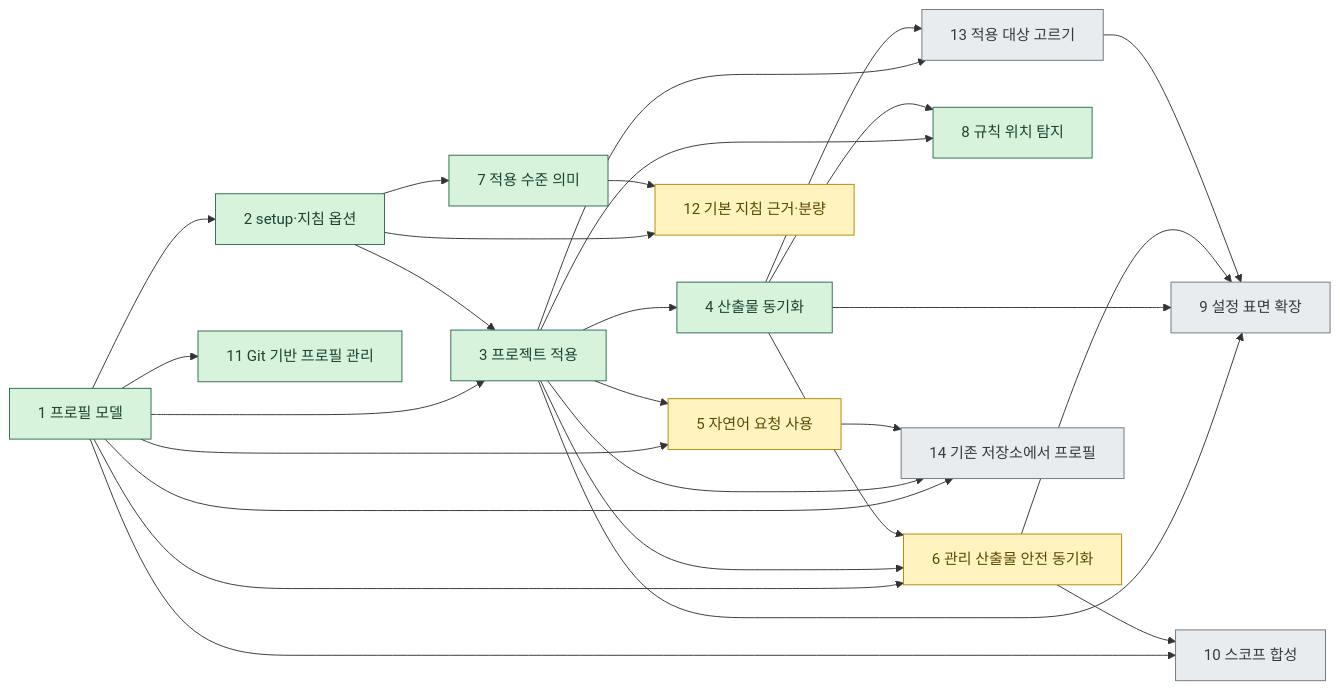
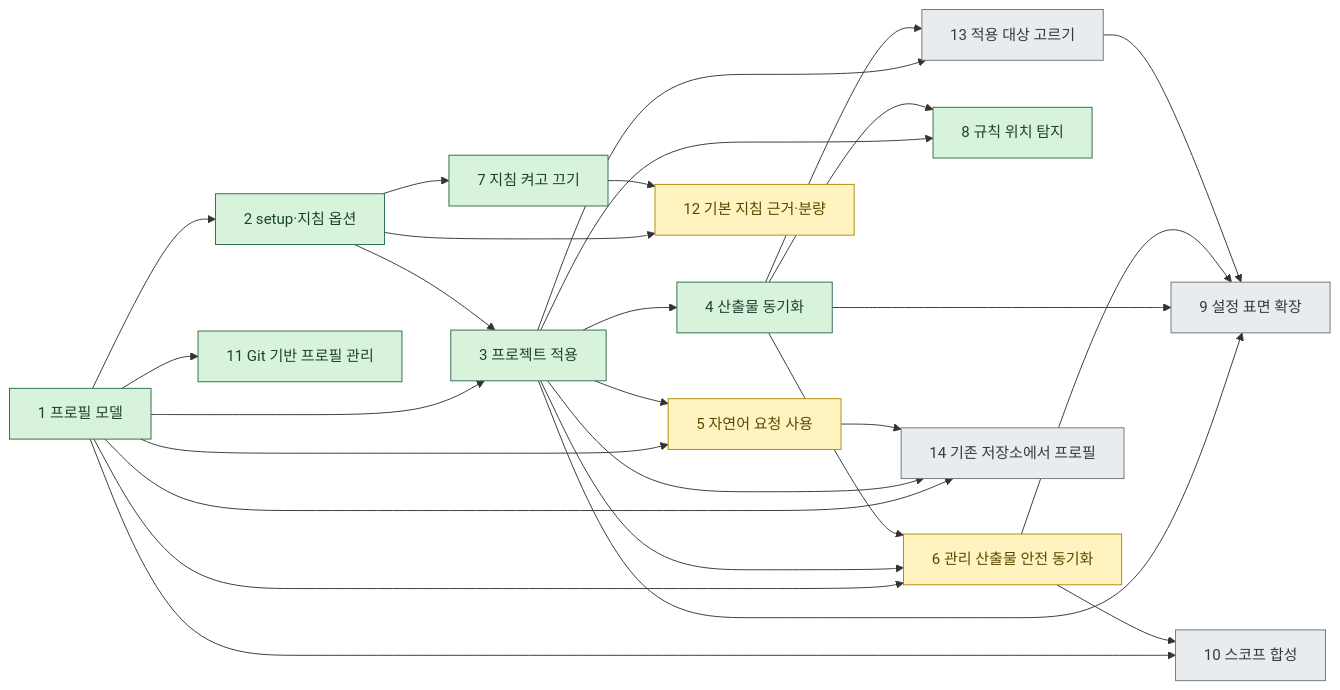
The diagram in docs/discussion/architecture/README.md (IsthisLee/agent-context-manager), drawn with Mermaid before and after one commit. The commit also changed other lines of this file and 7 other files, not shown here.

````diff
--- a/docs/discussion/architecture/README.md
+++ b/docs/discussion/architecture/README.md
@@ -37,37 +37,37 @@
 ```mermaid
 flowchart LR
   S1["1 프로필 모델"] --> S2["2 setup·지침 옵션"]
   S1 --> S3["3 프로젝트 적용"]
   S2 --> S3
   S3 --> S4["4 산출물 동기화"]
   S1 --> S5["5 자연어 요청 사용"]
   S3 --> S5
   S1 --> S6["6 관리 산출물 안전 동기화"]
   S3 --> S6
   S4 --> S6
-  S2 --> S7["7 적용 수준 의미"]
+  S2 --> S7["7 지침 켜고 끄기"]
   S3 --> S8["8 규칙 위치 탐지"]
   S4 --> S8
   S3 --> S9["9 설정 표면 확장"]
   S4 --> S9
   S6 --> S9
   S1 --> S10["10 스코프 합성"]
   S6 --> S10
   S1 --> S11["11 Git 기반 프로필 관리"]
   S2 --> S12["12 기본 지침 근거·분량"]
   S7 --> S12
   S3 --> S13["13 적용 대상 고르기"]
   S4 --> S13
   S13 --> S9
   S1 --> S14["14 기존 저장소에서 프로필"]
   S3 --> S14
   S5 --> S14
   classDef done fill:#d8f3dc,stroke:#2d6a4f,color:#1b4332
   classDef doing fill:#fff3bf,stroke:#b08900,color:#5c4800
   classDef todo fill:#e9ecef,stroke:#6c757d,color:#343a40
   %% agctx:generated:stage-classes:start
   class S1,S2,S3,S4,S7,S8,S11 done
   class S5,S6,S12 doing
   class S9,S10,S13,S14 todo
   %% agctx:generated:stage-classes:end
 ```
````
